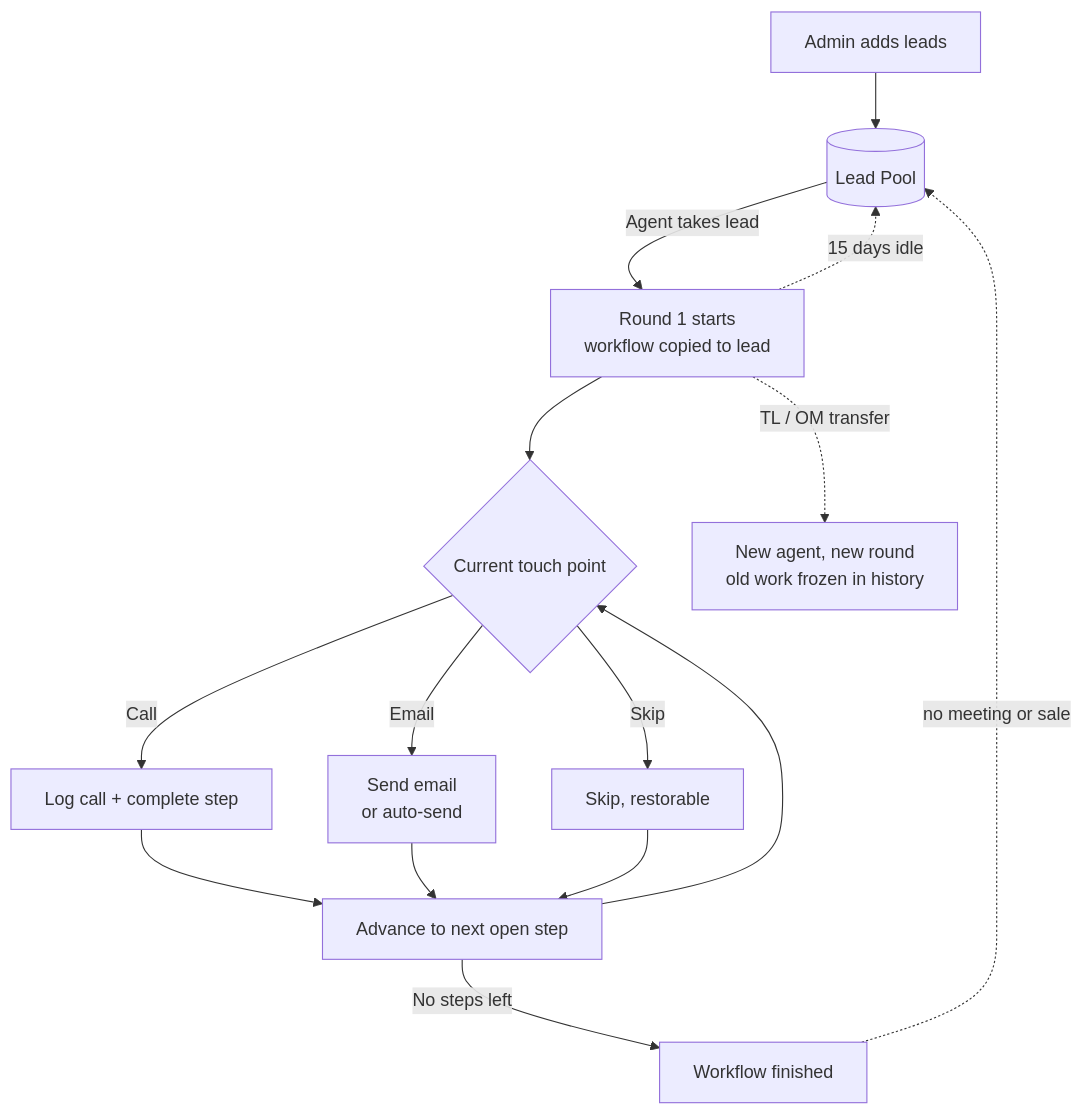
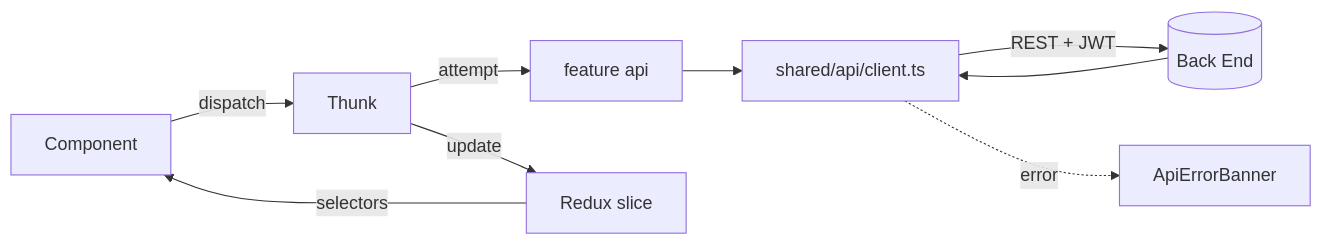
The diagram in README.md (Anas-hisham/smart-telesales-demo), drawn with Mermaid before and after one commit. The commit also changed other lines of this file and 27 other files, not shown here.

````diff
--- a/README.md
+++ b/README.md
@@ -117,17 +138,11 @@
 ```mermaid
-flowchart TD
-  A[Admin adds leads] --> B[(Lead Pool)]
-  B -->|Agent takes lead| C[Round 1 starts<br/>workflow copied to lead]
-  C --> D{Current touch point}
-  D -->|Call| E[Log call + complete step]
-  D -->|Email| F[Send email<br/>or auto-send]
-  D -->|Skip| G[Skip, restorable]
-  E --> H[Advance to next open step]
-  F --> H
-  G --> H
-  H --> D
-  H -->|No steps left| Z[Workflow finished]
-  C -.->|15 days idle| B
-  Z -.->|no meeting or sale| B
-  C -.->|TL / OM transfer| T[New agent, new round<br/>old work frozen in history]
+flowchart LR
+  UI[Component] -->|dispatch| T[Thunk]
+  T -->|attempt| A[feature api]
+  A --> C[shared/api/client.ts]
+  C -->|REST + JWT| S[(Back End)]
+  S --> C
+  T -->|update| R[Redux slice]
+  R -->|selectors| UI
+  C -. error .-> E[ApiErrorBanner]
 ```
````
